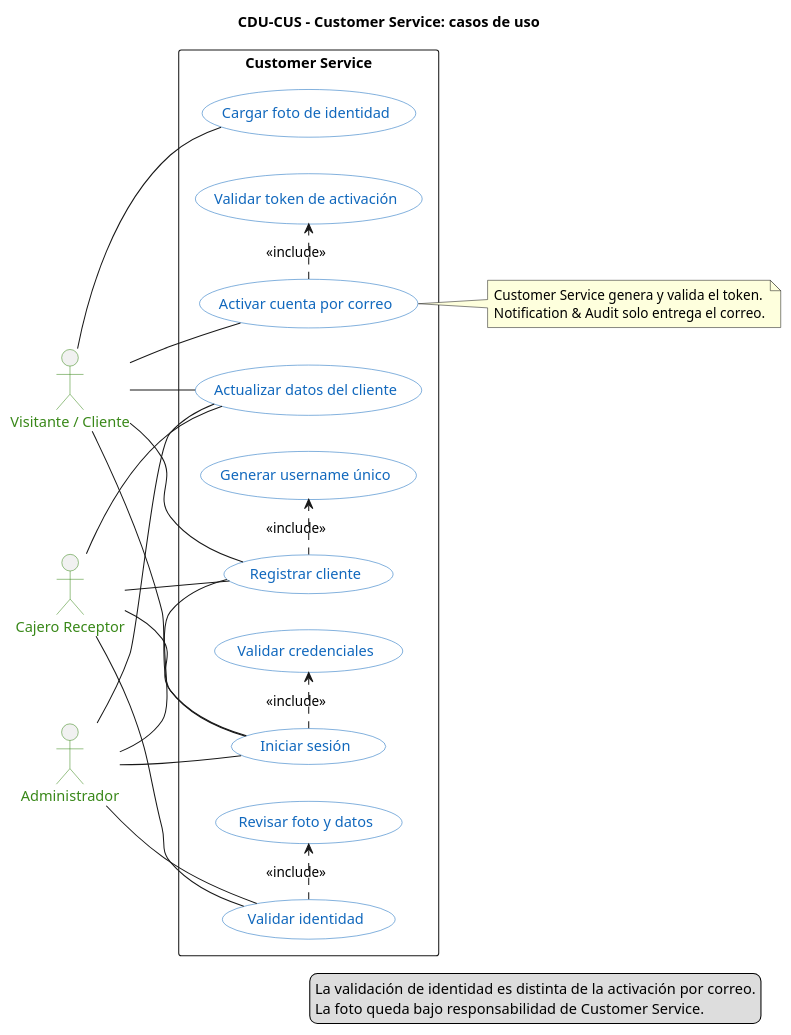
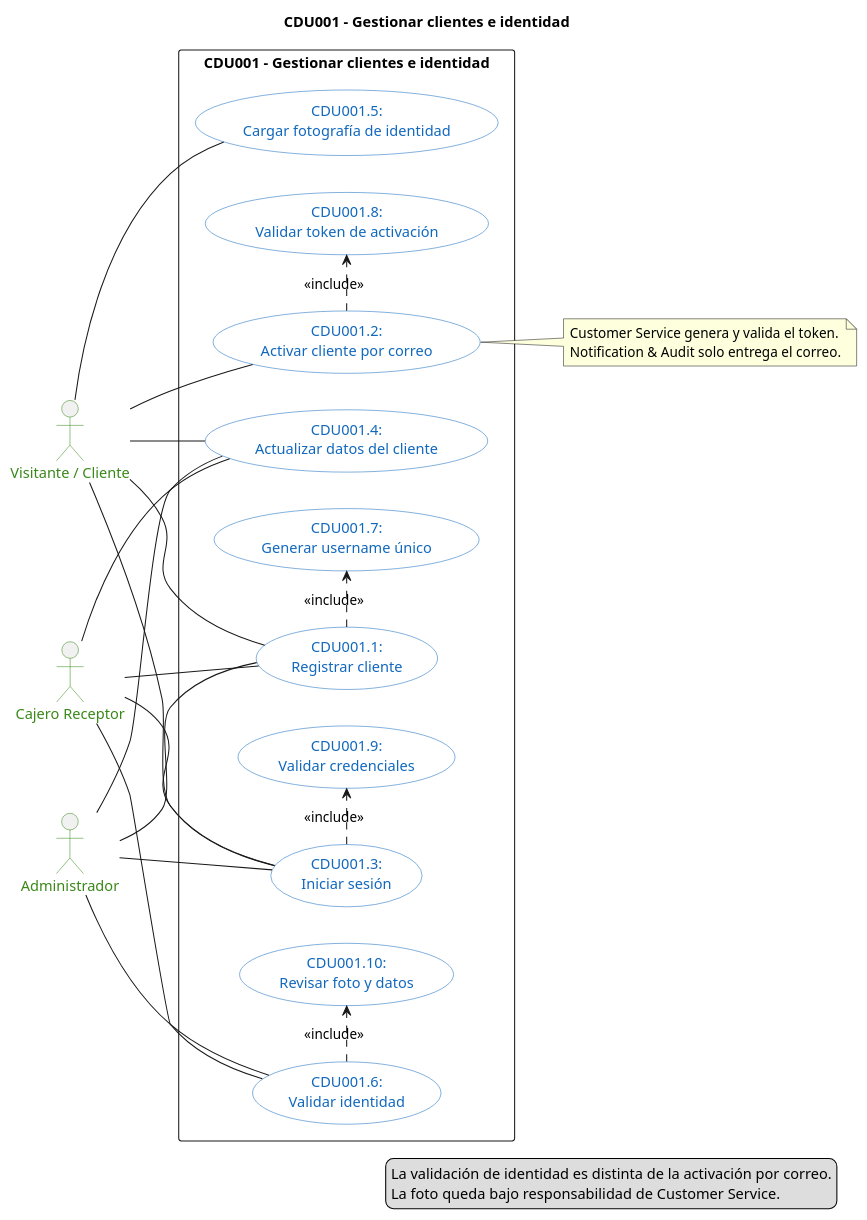
One commit to marcosbondel/Proyecto-SA-B-2 changed the diagram in docs/architecture/diagrams/cdu/customer/customer-casos-de-uso.puml. Above: the diagram before and after it, drawn with PlantUML. The commit also changed 62 other files, not shown here.

Commit message:
Reorganize CDU diagrams by numbered use cases

```diff
--- a/docs/architecture/diagrams/cdu/customer/customer-casos-de-uso.puml
+++ b/docs/architecture/diagrams/cdu/customer/customer-casos-de-uso.puml
@@ -1,65 +1,65 @@
 @startuml customer-casos-de-uso
 left to right direction
 
-title CDU-CUS - Customer Service: casos de uso
+title CDU001 - Gestionar clientes e identidad
 
 skinparam shadowing false
 skinparam packageStyle rectangle
 skinparam usecase {
     BackgroundColor #FFFFFF
     BorderColor #1168BD
     FontColor #1168BD
 }
 skinparam actor {
     BorderColor #398819
     FontColor #398819
 }
 
-actor "Visitante / Cliente" as cliente
-actor "Cajero Receptor" as cajero
-actor "Administrador" as admin
+actor "Visitante / Cliente" as actor_customer
+actor "Cajero Receptor" as actor_teller
+actor "Administrador" as actor_admin
 
-rectangle "Customer Service" as customer {
-    usecase "Registrar cliente" as register
-    usecase "Generar username único" as username
-    usecase "Activar cuenta por correo" as activate
-    usecase "Validar token de activación" as token
-    usecase "Iniciar sesión" as login
-    usecase "Validar credenciales" as credentials
-    usecase "Actualizar datos del cliente" as update
-    usecase "Cargar foto de identidad" as upload
-    usecase "Validar identidad" as identity
-    usecase "Revisar foto y datos" as review
+rectangle "CDU001 - Gestionar clientes e identidad" as system_customer {
+    usecase "CDU001.1:\nRegistrar cliente" as uc_customer_register
+    usecase "CDU001.2:\nActivar cliente por correo" as uc_customer_activate
+    usecase "CDU001.3:\nIniciar sesión" as uc_customer_login
+    usecase "CDU001.4:\nActualizar datos del cliente" as uc_customer_update
+    usecase "CDU001.5:\nCargar fotografía de identidad" as uc_customer_upload
+    usecase "CDU001.6:\nValidar identidad" as uc_customer_identity
+    usecase "CDU001.7:\nGenerar username único" as uc_customer_username
+    usecase "CDU001.8:\nValidar token de activación" as uc_customer_token
+    usecase "CDU001.9:\nValidar credenciales" as uc_customer_credentials
+    usecase "CDU001.10:\nRevisar foto y datos" as uc_customer_review
 }
 
-cliente -- register
-cliente -- activate
-cliente -- login
-cliente -- update
-cliente -- upload
+actor_customer -- uc_customer_register
+actor_customer -- uc_customer_activate
+actor_customer -- uc_customer_login
+actor_customer -- uc_customer_update
+actor_customer -- uc_customer_upload
 
-cajero -- register
-cajero -- login
-cajero -- update
-cajero -- identity
+actor_teller -- uc_customer_register
+actor_teller -- uc_customer_login
+actor_teller -- uc_customer_update
+actor_teller -- uc_customer_identity
 
-admin -- register
-admin -- login
-admin -- update
-admin -- identity
+actor_admin -- uc_customer_register
+actor_admin -- uc_customer_login
+actor_admin -- uc_customer_update
+actor_admin -- uc_customer_identity
 
-register .> username : <<include>>
-activate .> token : <<include>>
-login .> credentials : <<include>>
-identity .> review : <<include>>
+uc_customer_register .> uc_customer_username : <<include>>
+uc_customer_activate .> uc_customer_token : <<include>>
+uc_customer_login .> uc_customer_credentials : <<include>>
+uc_customer_identity .> uc_customer_review : <<include>>
 
-note right of activate
+note right of uc_customer_activate
     Customer Service genera y valida el token.
     Notification & Audit solo entrega el correo.
 end note
 
 legend right
     La validación de identidad es distinta de la activación por correo.
     La foto queda bajo responsabilidad de Customer Service.
 endlegend
 @enduml
```
